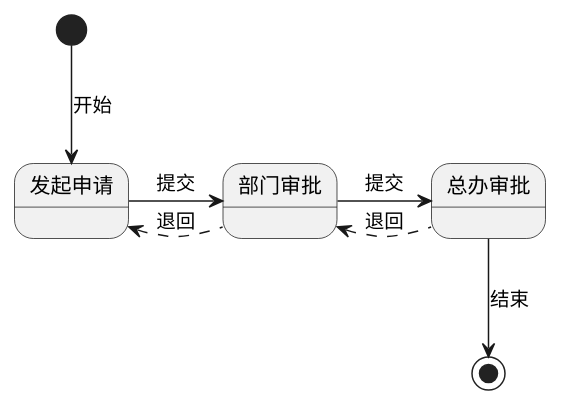
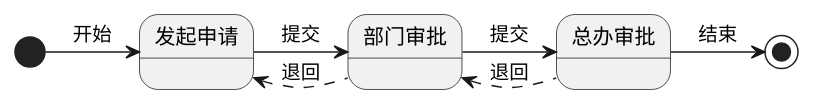
The diagram in docs/diagrams/reject.puml (nemoworks/enkrinojs), drawn with PlantUML before and after one commit. The commit also changed 1 other file, not shown here.

```diff
--- a/docs/diagrams/reject.puml
+++ b/docs/diagrams/reject.puml
@@ -1,9 +1,13 @@
 @startuml
-[*] --> 发起申请 :开始
+state 发起申请
+state 部门审批
+state 总办审批
+
+[*] -right-> 发起申请 :开始
 发起申请 -right-> 部门审批 :提交
 部门审批 -right-> 总办审批 :提交
 部门审批 -left[dashed]-> 发起申请 :退回
 总办审批 -left[dashed]-> 部门审批 :退回
 
-总办审批 -down-> [*] :结束
+总办审批 -right-> [*] :结束
 @enduml
```
